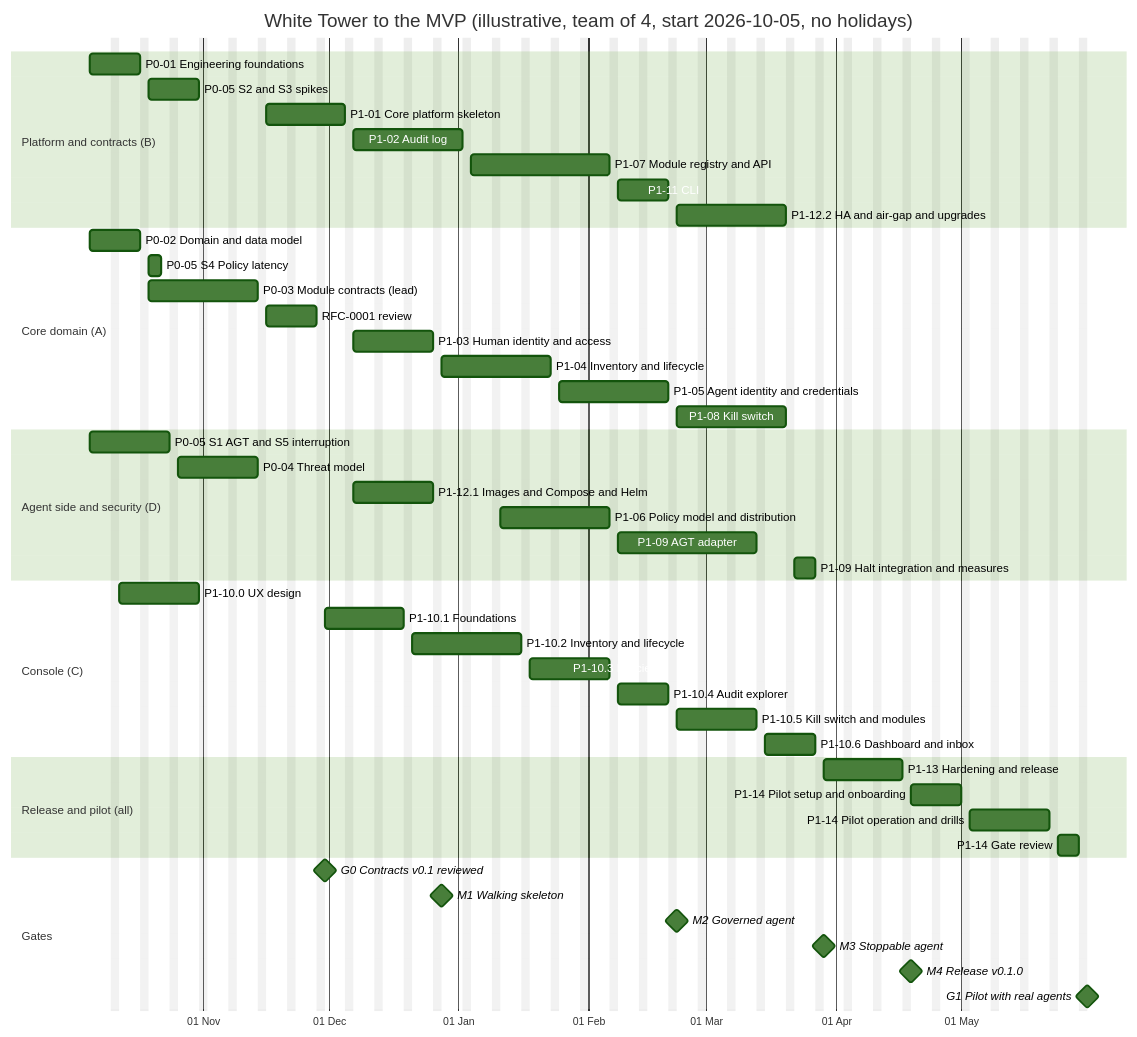
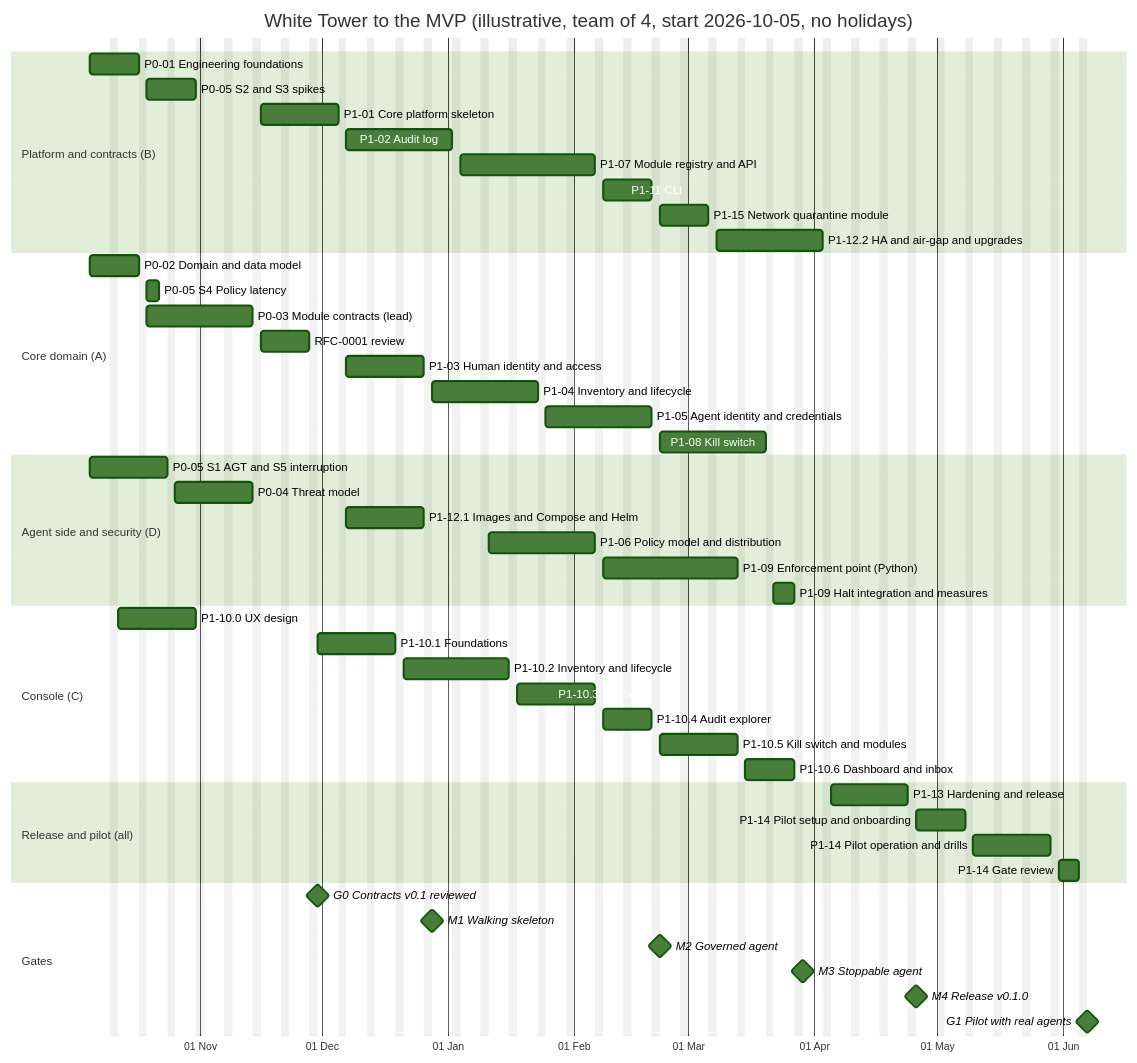
The diagram in docs/roadmap.md (J466Y/WhiteTower), drawn with Mermaid (forest theme) before and after one commit. The commit also changed other lines of this file and 35 other files, not shown here.

````diff
--- a/docs/roadmap.md
+++ b/docs/roadmap.md
@@ -64,58 +65,59 @@
 ```mermaid
 gantt
     title White Tower to the MVP (illustrative, team of 4, start 2026-10-05, no holidays)
     dateFormat YYYY-MM-DD
     axisFormat %d %b
     excludes weekends
     todayMarker off
 
     section Platform and contracts (B)
     P0-01 Engineering foundations        :p001, 2026-10-05, 10d
     P0-05 S2 and S3 spikes               :s23, after p001, 10d
     P1-01 Core platform skeleton         :p101, 2026-11-16, 15d
     P1-02 Audit log                      :p102, after p101, 20d
     P1-07 Module registry and API        :p107, after p102, 25d
     P1-11 CLI                            :p111, after p107, 10d
-    P1-12.2 HA and air-gap and upgrades  :p1122, after p111, 20d
+    P1-15 Network quarantine module      :p115, after p111, 10d
+    P1-12.2 HA and air-gap and upgrades  :p1122, after p115, 20d
 
     section Core domain (A)
     P0-02 Domain and data model          :p002, 2026-10-05, 10d
     P0-05 S4 Policy latency              :s4, after p002, 3d
     P0-03 Module contracts (lead)        :p003, after p002, 20d
     RFC-0001 review                      :rfc, after p003, 10d
     P1-03 Human identity and access      :p103, after p101, 15d
     P1-04 Inventory and lifecycle        :p104, after p103, 20d
     P1-05 Agent identity and credentials :p105, after p104, 20d
     P1-08 Kill switch                    :p108, after p105 p107, 20d
 
     section Agent side and security (D)
     P0-05 S1 AGT and S5 interruption     :s1, 2026-10-05, 15d
     P0-04 Threat model                   :p004, after s1, 15d
     P1-12.1 Images and Compose and Helm  :p1121, after p101, 15d
     P1-06 Policy model and distribution  :p106, 2027-01-11, 20d
-    P1-09 AGT adapter                    :p109, after p106 p107, 25d
+    P1-09 Enforcement point (Python)     :p109, after p106 p107, 25d
     P1-09 Halt integration and measures  :p109b, after p108 p109, 5d
 
     section Console (C)
     P1-10.0 UX design                    :p1100, 2026-10-12, 15d
     P1-10.1 Foundations                  :p1101, 2026-11-30, 15d
     P1-10.2 Inventory and lifecycle      :p1102, after p1101, 20d
     P1-10.3 Policies                     :p1103, after p1102, 15d
     P1-10.4 Audit explorer               :p1104, after p1103, 10d
     P1-10.5 Kill switch and modules      :p1105, after p1104, 15d
     P1-10.6 Dashboard and inbox          :p1106, after p1105, 10d
 
     section Release and pilot (all)
     P1-13 Hardening and release          :p113, after p108 p109b p1106 p1122, 15d
     P1-14 Pilot setup and onboarding     :p114a, after p113, 10d
     P1-14 Pilot operation and drills     :p114b, after p114a, 15d
     P1-14 Gate review                    :p114c, after p114b, 5d
 
     section Gates
     G0 Contracts v0.1 reviewed           :milestone, g0, after rfc, 0d
     M1 Walking skeleton                  :milestone, m1, after p103 p1121, 0d
     M2 Governed agent                    :milestone, m2, after p105 p106 p107, 0d
-    M3 Stoppable agent                   :milestone, m3, after p109b, 0d
+    M3 Stoppable agent                   :milestone, m3, after p109b p115, 0d
     M4 Release v0.1.0                    :milestone, m4, after p113, 0d
     G1 Pilot with real agents            :milestone, g1, after p114c, 0d
 ```
````
